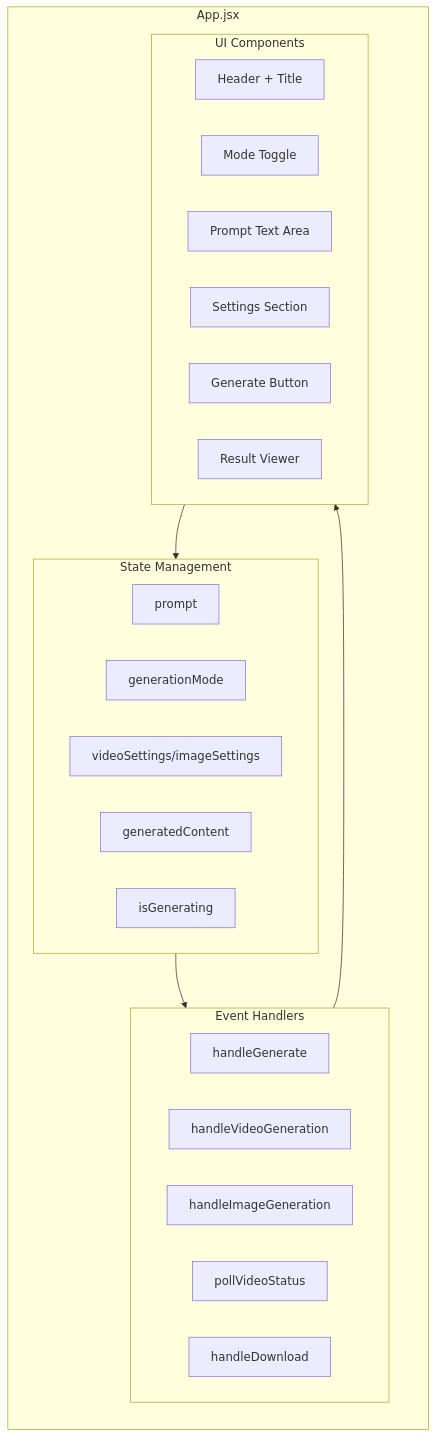
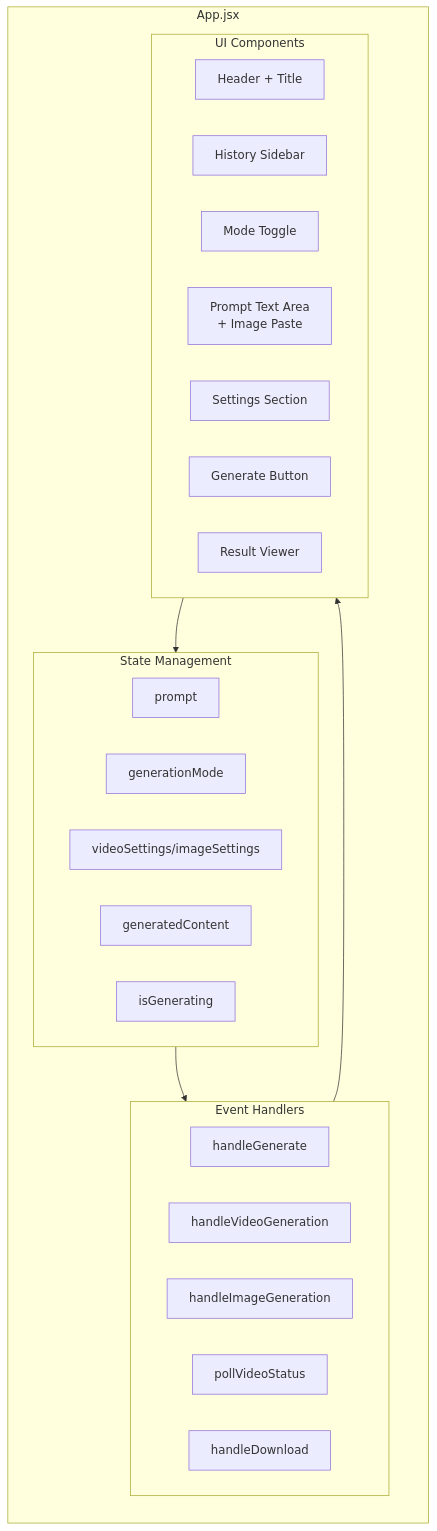
The fourth of 5 diagrams in docs/architecture.md (ManojNair/letssora), drawn with Mermaid before and after one commit. The commit also changed other lines of this file and 23 other files, not shown here.

First line of the commit message:
Add clipboard paste, conversation history, Cosmos DB/Blob Storage, auth fixes, and updated docs

````diff
--- a/docs/architecture.md
+++ b/docs/architecture.md
@@ -135,35 +150,36 @@
 ```mermaid
 graph TB
     subgraph App["App.jsx"]
         direction TB
         
         subgraph State["State Management"]
             prompt[prompt]
             mode[generationMode]
             settings[videoSettings/imageSettings]
             result[generatedContent]
             loading[isGenerating]
         end
         
         subgraph Handlers["Event Handlers"]
             handleGenerate[handleGenerate]
             handleVideoGen[handleVideoGeneration]
             handleImageGen[handleImageGeneration]
             pollStatus[pollVideoStatus]
             handleDownload[handleDownload]
         end
         
         subgraph UI["UI Components"]
             Header[Header + Title]
+            HistorySidebar[History Sidebar]
             ModeToggle[Mode Toggle]
-            PromptArea[Prompt Text Area]
+            PromptArea[Prompt Text Area<br/>+ Image Paste]
             SettingsSection[Settings Section]
             GenerateBtn[Generate Button]
             ResultViewer[Result Viewer]
         end
     end
     
     State --> Handlers
     Handlers --> UI
     UI --> State
 ```
````
